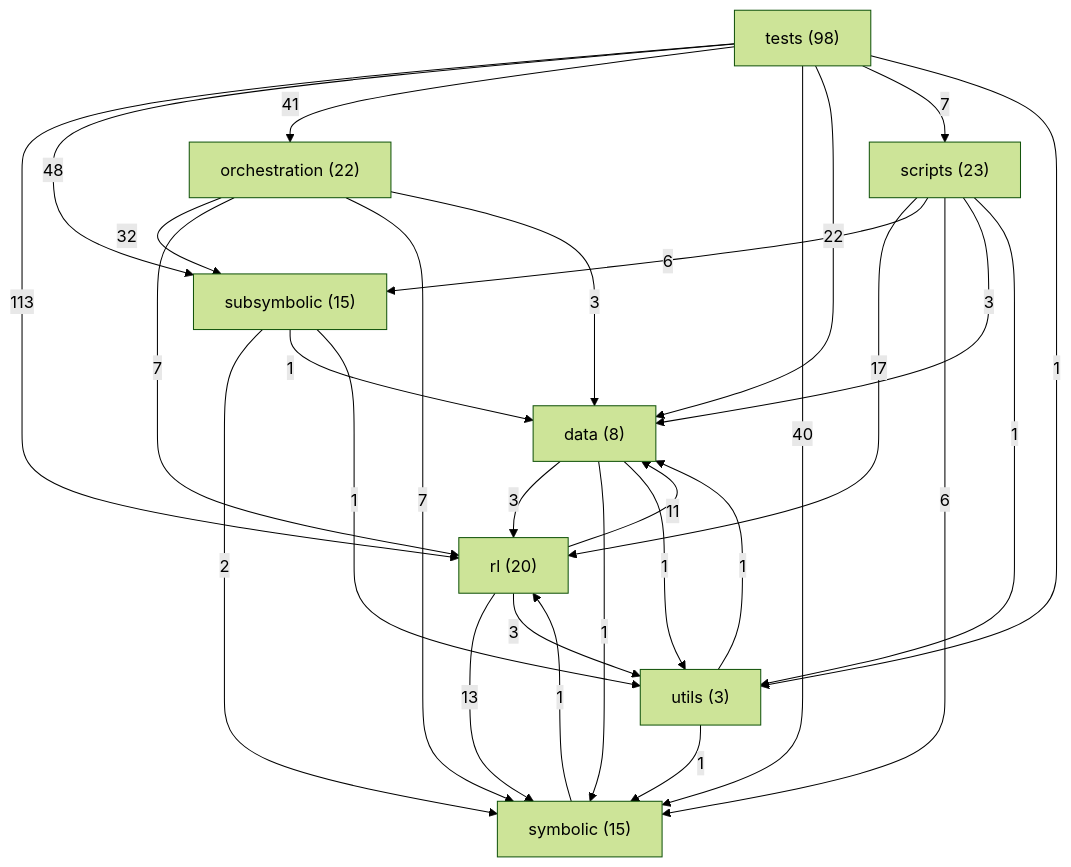
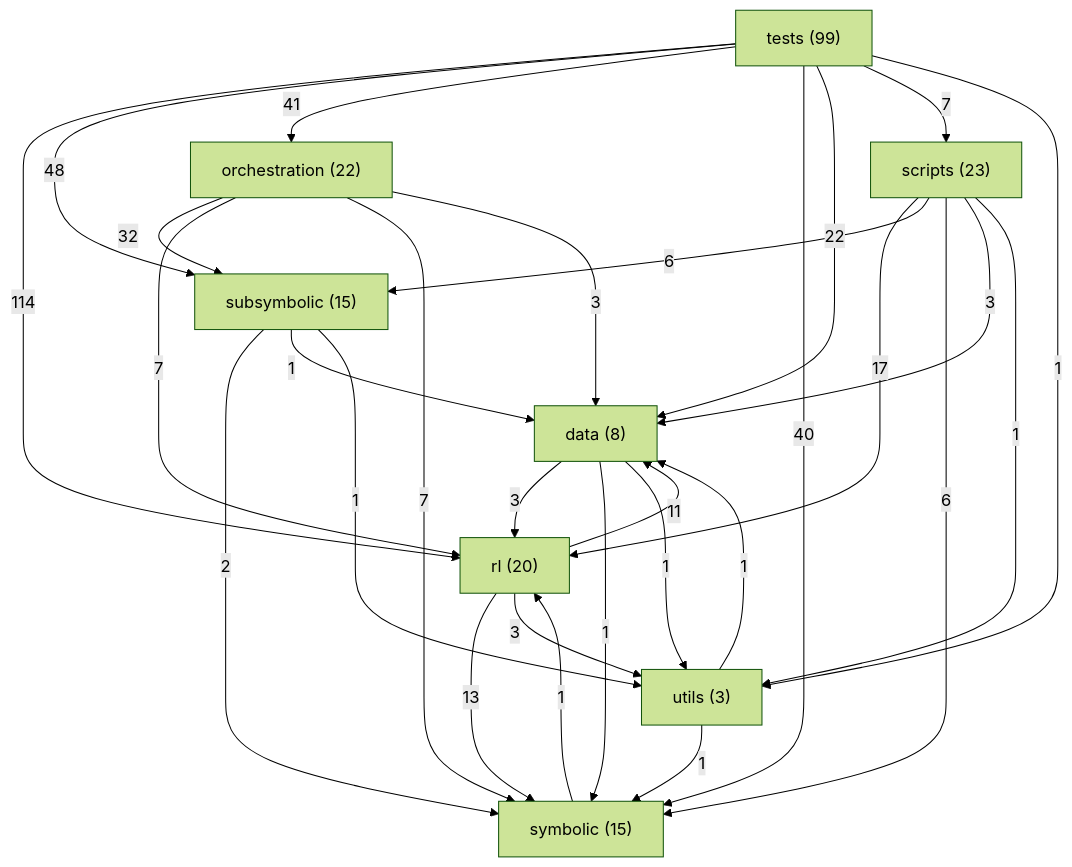
Before and after one commit to danrd/ARC-AGI: the diagram in ARCHITECTURE.md, drawn with Mermaid (forest theme). The commit also changed other lines of this file and 7 other files, not shown here.

````diff
--- a/ARCHITECTURE.md
+++ b/ARCHITECTURE.md
@@ -211,39 +211,39 @@
 ```mermaid
 graph TD
   data["data (8)"]
   orchestration["orchestration (22)"]
   rl["rl (20)"]
   scripts["scripts (23)"]
   subsymbolic["subsymbolic (15)"]
   symbolic["symbolic (15)"]
-  tests["tests (98)"]
+  tests["tests (99)"]
   utils["utils (3)"]
-  tests -->|113| rl
+  tests -->|114| rl
   tests -->|48| subsymbolic
   tests -->|41| orchestration
   tests -->|40| symbolic
   orchestration -->|32| subsymbolic
   tests -->|22| data
   scripts -->|17| rl
   rl -->|13| symbolic
   rl -->|11| data
   orchestration -->|7| rl
   orchestration -->|7| symbolic
   tests -->|7| scripts
   scripts -->|6| subsymbolic
   scripts -->|6| symbolic
   data -->|3| rl
   orchestration -->|3| data
   rl -->|3| utils
   scripts -->|3| data
   subsymbolic -->|2| symbolic
   data -->|1| symbolic
   data -->|1| utils
   scripts -->|1| utils
   subsymbolic -->|1| data
   subsymbolic -->|1| utils
   symbolic -->|1| rl
   tests -->|1| utils
   utils -->|1| data
   utils -->|1| symbolic
 ```
````
